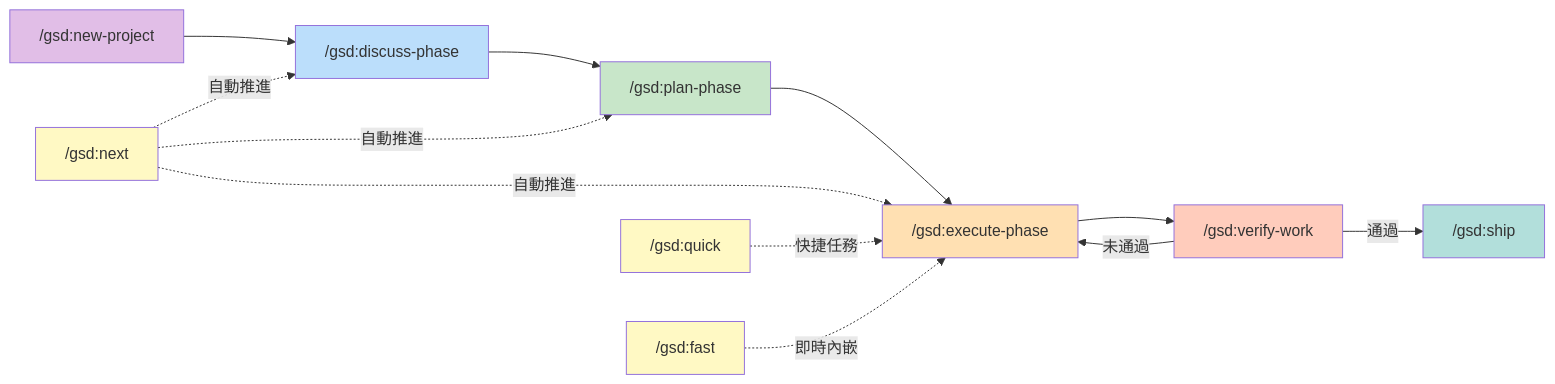
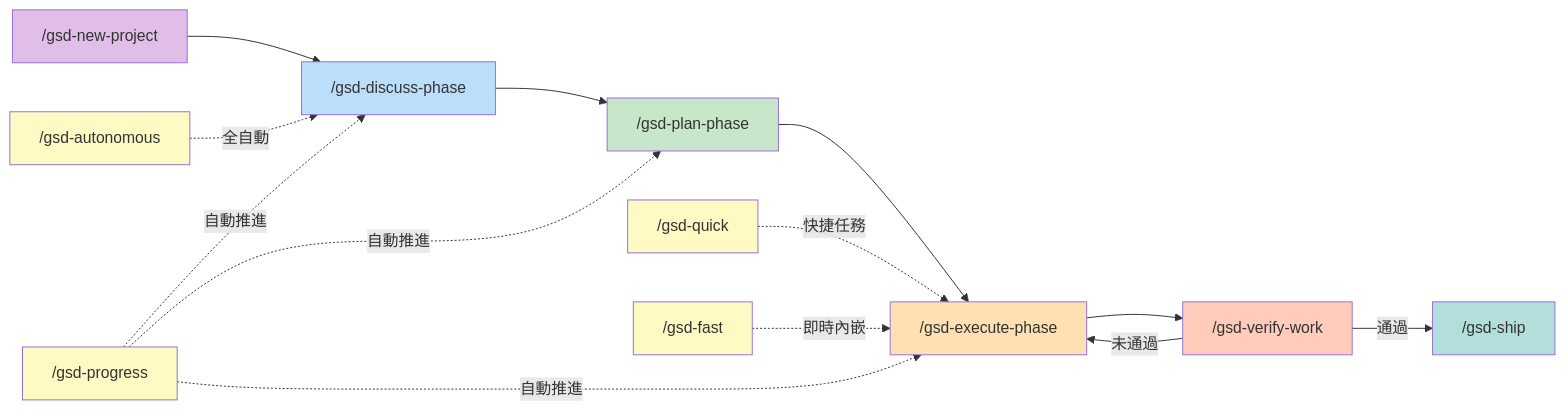
Before and after one commit to chihhung/Blog: the tenth of 25 diagrams in content/posts/教學/AI開發/get-shit-done(GSD)教學手冊.md, drawn with Mermaid. The commit also changed other lines of this file and 12 other files, not shown here.

````diff
--- a/content/posts/教學/AI開發/get-shit-done(GSD)教學手冊.md
+++ b/content/posts/教學/AI開發/get-shit-done(GSD)教學手冊.md
@@ -1545,26 +1620,28 @@
 ```mermaid
 graph LR
-    A["/gsd:new-project"] --> B["/gsd:discuss-phase"]
-    B --> C["/gsd:plan-phase"]
-    C --> D["/gsd:execute-phase"]
-    D --> E["/gsd:verify-work"]
-    E -->|通過| F["/gsd:ship"]
+    A["/gsd-new-project"] --> B["/gsd-discuss-phase"]
+    B --> C["/gsd-plan-phase"]
+    C --> D["/gsd-execute-phase"]
+    D --> E["/gsd-verify-work"]
+    E -->|通過| F["/gsd-ship"]
     E -->|未通過| D
     
-    N["/gsd:next"] -.->|自動推進| B
+    N["/gsd-progress"] -.->|自動推進| B
     N -.->|自動推進| C
     N -.->|自動推進| D
     
-    Q["/gsd:quick"] -.->|快捷任務| D
-    FA["/gsd:fast"] -.->|即時內嵌| D
+    Q["/gsd-quick"] -.->|快捷任務| D
+    FA["/gsd-fast"] -.->|即時內嵌| D
+    AU["/gsd-autonomous"] -.->|全自動| B
     
     style A fill:#e1bee7
     style B fill:#bbdefb
     style C fill:#c8e6c9
     style D fill:#ffe0b2
     style E fill:#ffccbc
     style F fill:#b2dfdb
     style N fill:#fff9c4
     style Q fill:#fff9c4
     style FA fill:#fff9c4
+    style AU fill:#fff9c4
 ```
````
